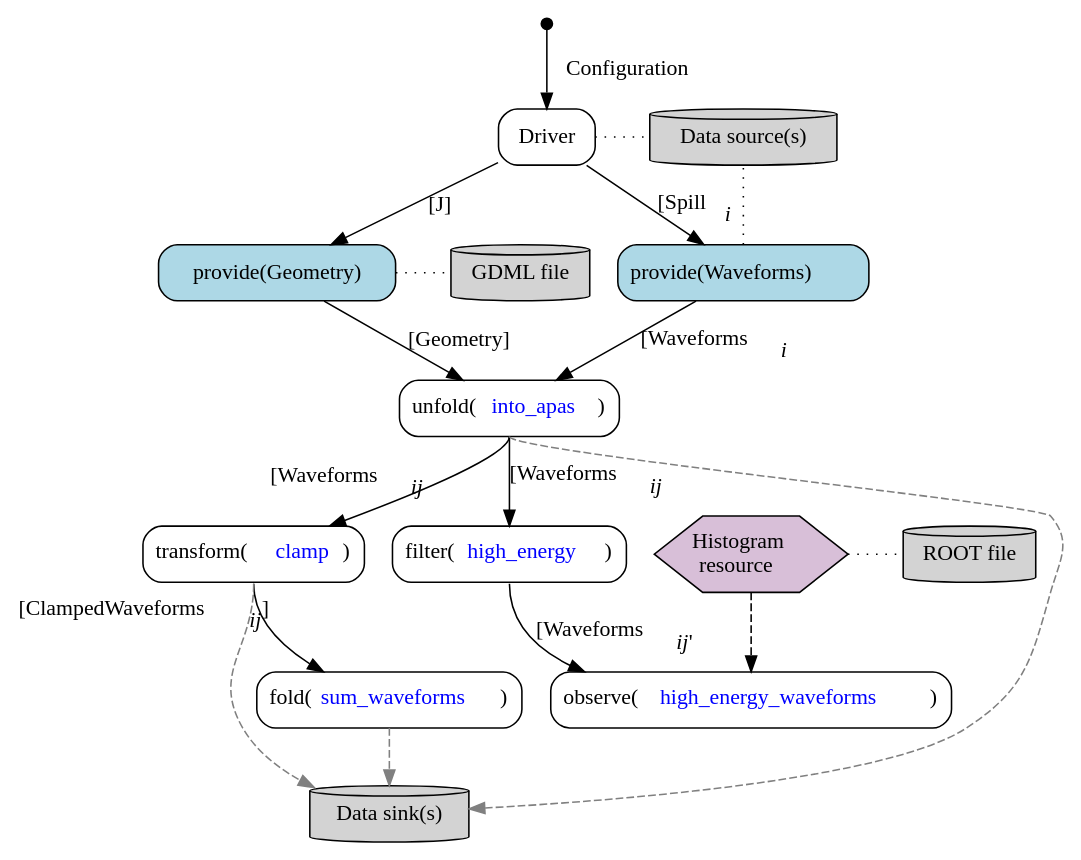
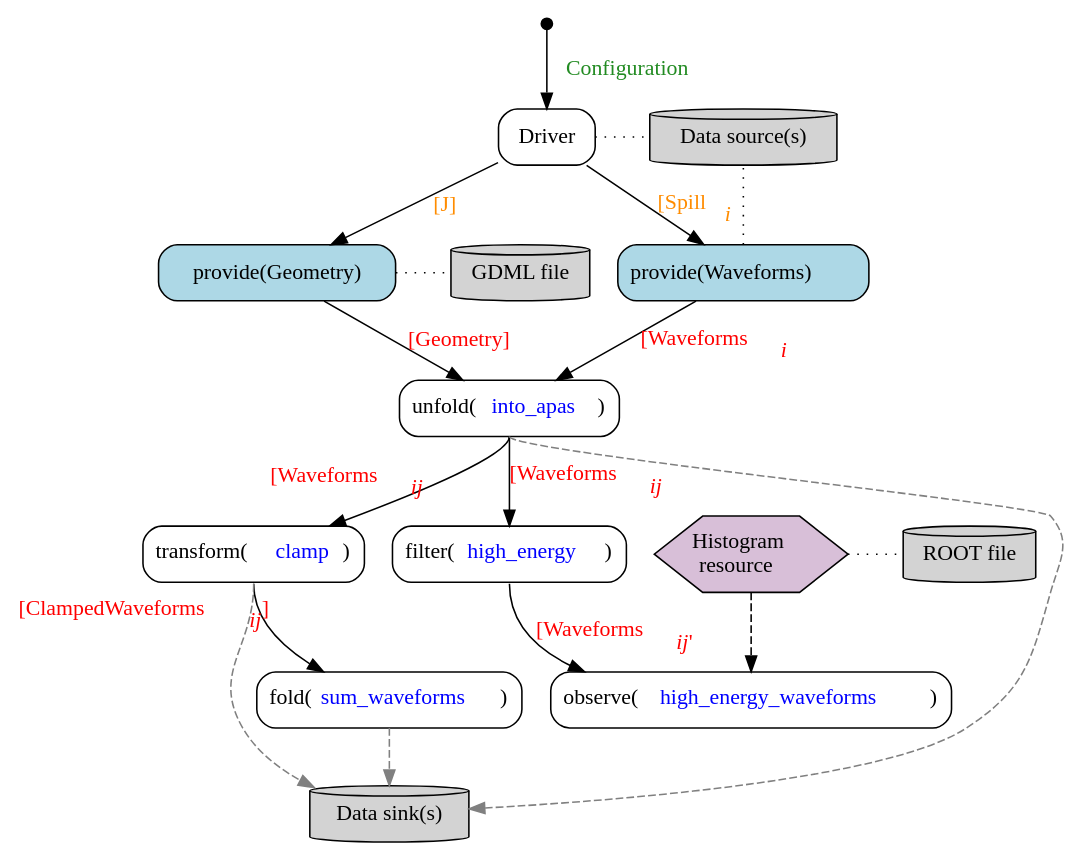
Before and after one commit to Framework-R-D/phlex-design: the diagram in doc/graphviz/work-flow.gv, drawn with Graphviz. The commit also changed 2 other files, not shown here.

```diff
--- a/doc/graphviz/work-flow.gv
+++ b/doc/graphviz/work-flow.gv
@@ -1,103 +1,65 @@
 digraph {
   node [shape="box", style="rounded"]
-  //  edge [dir=both, arrowtail=dot];
+  edge [fontcolor="red"];
 
   start [shape="point", width=0.1]
   unfold [label=<unfold(<font color="blue">into_apas</font>)>]
   transform [label=<transform(<font color="blue">clamp</font>)>]
   fold [label=<fold(<font color="blue">sum_waveforms</font>)>]
   filter [label=<filter(<font color="blue">high_energy</font>)>];
   observer [label=<observe(<font color="blue">high_energy_waveforms</font>)>];
   out [label="Data sink(s)", shape="cylinder", style="filled", fillcolor="lightgray"]
 
   {
     rank=same;
     resource [label=<Histogram<br/> resource>,
               shape=hexagon,
               style=filled,
               fillcolor=thistle,
               margin=0];
     root [label="ROOT file", style=filled, shape=cylinder];
   }
 
-  start -> driver [label=" Configuration"];
+  start -> driver [label=" Configuration", fontcolor="forestgreen"];
 
   {
     rank=same;
     driver [label="Driver"];
     input [label="Data source(s)", shape="cylinder", style="filled", fillcolor="lightgray"];
   }
 
   driver -> input [style="dotted", arrowhead=none];
 
   {
     rank=same;
     waveforms_provider [label=<provide(Waveforms)>, style="filled,rounded" fillcolor="lightblue"];
     geometry [label="provide(Geometry)", style="filled,rounded", fillcolor="lightblue"];
     gdml [label="GDML file", shape="cylinder", style="filled", fillcolor="lightgray"]
   }
 
-  driver -> geometry [label=< [J]>];
-  driver -> waveforms_provider [label=< [Spill<sub><i>i</i></sub>]>];
+  driver -> geometry [label=" [J]", fontcolor="darkorange"];
+  driver -> waveforms_provider [label=< [Spill<sub><i>i</i></sub>]>, fontcolor="darkorange"];
 
   geometry -> gdml [style="dotted", arrowhead=none];
   resource -> root [style="dotted", arrowhead=none];
 
   waveforms_provider -> input [style="dotted", arrowhead=none];
   waveforms_provider -> unfold [label=< [Waveforms<sub><i>i</i></sub>]>];
   geometry -> unfold [label=< [Geometry]>];
 
   unfold:s -> transform [xlabel=< [Waveforms<sub><i>ij</i></sub>]>];
   transform:s -> fold [taillabel=<[ClampedWaveforms<sub><i>ij</i></sub>] >,
                        labelangle=-80,
                        labeldistance=7
                       ];
 
   unfold:s -> out [style="dashed", color="gray"];
   transform:s -> out [style="dashed", color="gray"];
 
 
   unfold:s -> filter [label=< [Waveforms<sub><i>ij</i></sub>]>];
   filter:s -> observer [label=< [Waveforms<sub><i>ij</i> '</sub>]>];
   resource -> observer [style="dashed"];
 
   fold:s -> out [style="dashed", color="gray"];
-
-  // hit_finder [label=<transform(<font color="blue">find_hits</font>)>];
-  // flash_finder [label=<transform(<font color="blue">find_flashes</font>)>];
-  // hit_clustering [label=<transform(<font color="blue">cluster_hits</font>)>];
-  // wire_creator [label=<transform(<font color="blue">create_wires</font>)>];
-  //
-  // out [label=<Data sink>, shape=cylinder, style="filled", fillcolor="lightgray"];
-  //
-  // driver -> {waveforms_provider, rawdigits_provider, clock_data} [label=<<table cellpadding="1" border="0" cellborder="0">
-  //                      <tr><td><font color="red">[Spill<i><sub>i</sub></i>]</font></td></tr>
-  //                     </table>>];
-  //
-  // waveforms_provider -> hit_finder [label=<<table cellpadding="1" border="0" cellborder="0">
-  //                      <tr><td><font color="red">[OpDetWaveforms<i><sub>i</sub></i>]</font></td></tr>
-  //                     </table>>]
-  // rawdigits_provider -> wire_creator [label=<<table cellpadding="1" border="0" cellborder="0">
-  //                      <tr><td><font color="red">[RawDigits<i><sub>i</sub></i>]</font></td></tr>
-  //                     </table>>]
-  // hit_finder -> flash_finder [label=<<table cellpadding="1" border="0" cellborder="0">
-  //                  <tr><td><font color="red">[OpHits<i><sub>i</sub></i>]</font></td></tr>
-  //                 </table>>]
-  // clock_data -> flash_finder [label=<<table cellpadding="1" border="0" cellborder="0">
-  //                  <tr><td><font color="red">[TriggerTime<i><sub>i</sub></i>]</font></td></tr>
-  //                 </table>>]
-  //
-  // hit_finder -> hit_clustering [label=<<table cellpadding="1" border="0" cellborder="0">
-  //                  <tr><td><font color="red">[OpHits<i><sub>i</sub></i>]</font></td></tr>
-  //                 </table>>]
-  // flash_finder -> out [color="gray",
-  //                      style="dashed",
-  //                      label=<<table cellpadding="1" border="0" cellborder="0">
-  //                    <tr><td><font color="red">[OpFlashes<i><sub>i</sub></i>]</font></td></tr>
-  //                   </table>>]
-  // wire_creator -> out [color="gray",
-  //                      style="dashed",
-  //                      label=<<table cellpadding="1" border="0" cellborder="0">
-  //                    <tr><td><font color="red">[Wires<i><sub>i</sub></i>]</font></td></tr>
-  //                   </table>>]
 }
```
